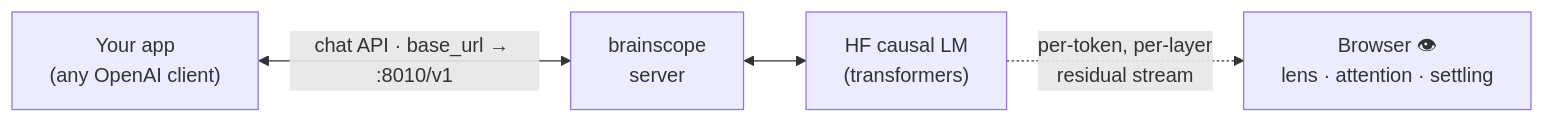
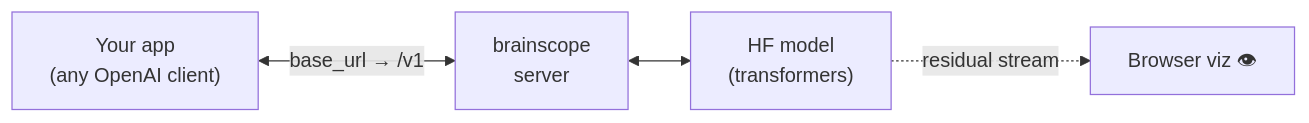
One commit to moudrkat/brainscope changed the first of 2 diagrams in README.md. Above: the diagram before and after it, drawn with Mermaid. The commit also changed other lines of this file, not shown here.

Commit message:
another readme update: better diagrams :)

````diff
--- a/README.md
+++ b/README.md
@@ -23,6 +23,6 @@
 ```mermaid
 flowchart LR
-  app["Your app<br/>(any OpenAI client)"] <-->|"chat API · base_url → :8010/v1"| bs["brainscope<br/>server"]
-  bs <--> model["HF causal LM<br/>(transformers)"]
-  model -. "per-token, per-layer<br/>residual stream" .-> ui["Browser 👁<br/>lens · attention · settling"]
+  app["Your app<br/>(any OpenAI client)"] <-->|"base_url → /v1"| bs["brainscope<br/>server"]
+  bs <--> model["HF model<br/>(transformers)"]
+  model -. "residual stream" .-> ui["Browser viz 👁"]
 ```
````
